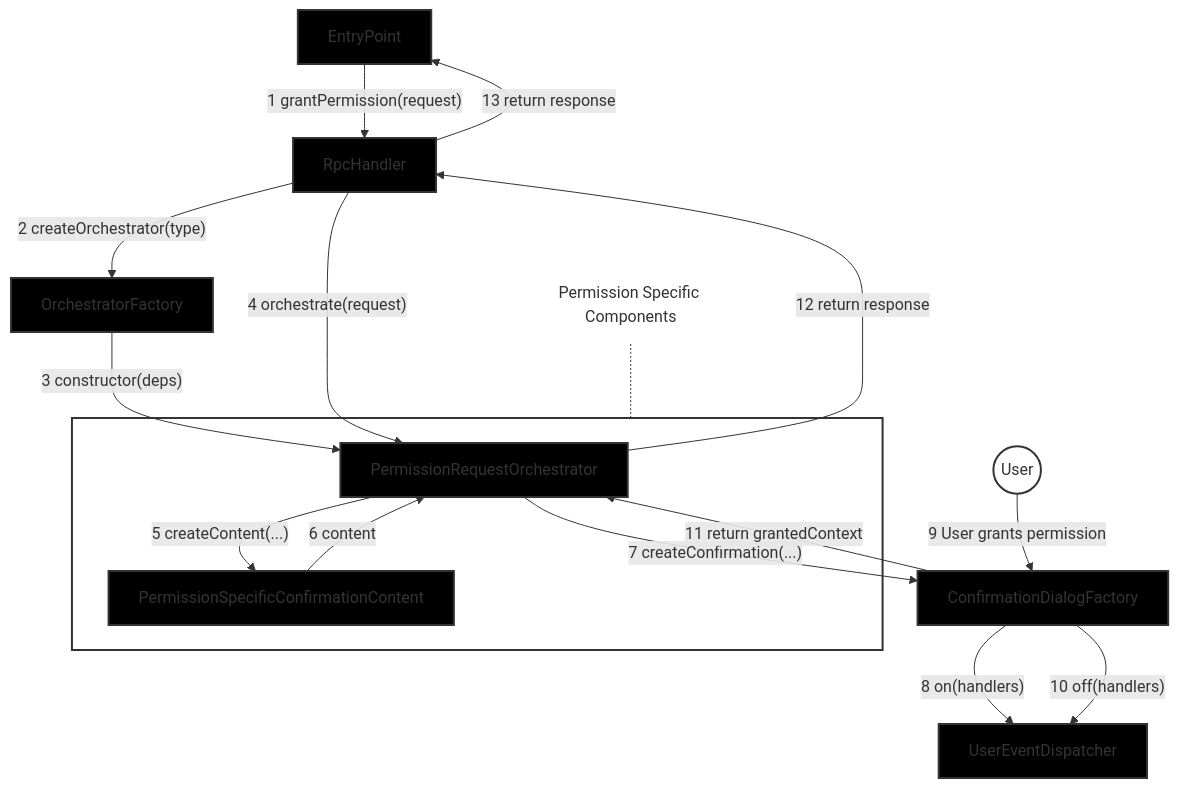
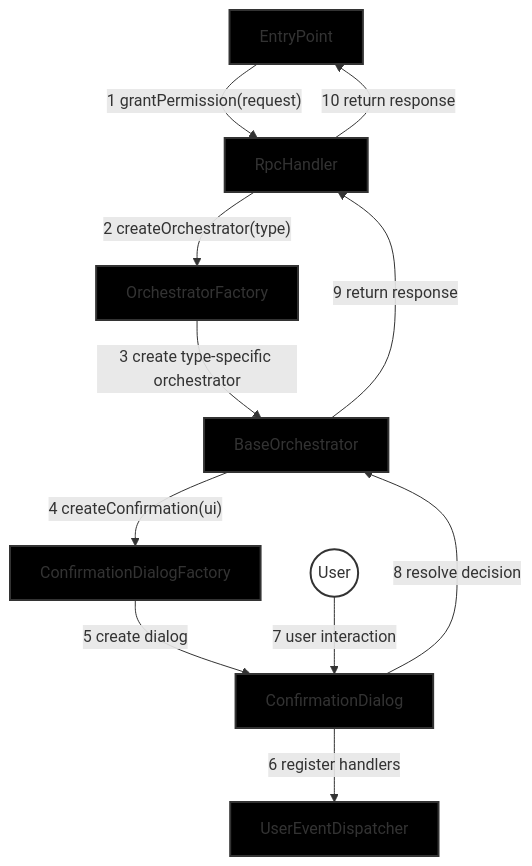
Before and after one commit to MetaMask/snap-7715-permissions: the first of 2 diagrams in packages/permissions-provider-snap/ARCHITECTURE.md, drawn with Mermaid. The commit also changed other lines of this file and 2 other files, not shown here.

Commit message:
Update ARCHITECTURE.md to reflect current state. Update manifest files."

````diff
--- a/packages/permissions-provider-snap/ARCHITECTURE.md
+++ b/packages/permissions-provider-snap/ARCHITECTURE.md
@@ -82,42 +58,29 @@
 ```mermaid
 graph TD
     EntryPoint[EntryPoint]
     RpcHandler[RpcHandler]
+    OrchestratorFactory[OrchestratorFactory]
+    BaseOrchestrator[BaseOrchestrator]
+    ConfirmationDialogFactory[ConfirmationDialogFactory]
+    ConfirmationDialog[ConfirmationDialog]
     UserEventDispatcher[UserEventDispatcher]
-    OrchestratorFactory[OrchestratorFactory]
-    ConfirmationDialogFactory[ConfirmationDialogFactory]
-
-    PermissionLabel[Permission Specific Components]
-    PermissionLabel -.- PermissionSpecific
-
-    subgraph PermissionSpecific[" "]
-        style PermissionSpecific fill:none,stroke:#333,stroke-width:2px
-        PermissionRequestOrchestrator[PermissionRequestOrchestrator]
-        PermissionSpecificConfirmationContent[PermissionSpecificConfirmationContent]
-    end
-
     User((User))
 
     %% Request Flow
     EntryPoint -->|"1 grantPermission(request)"| RpcHandler
     RpcHandler -->|"2 createOrchestrator(type)"| OrchestratorFactory
-    OrchestratorFactory -->|"3 constructor(deps)"| PermissionRequestOrchestrator
-    RpcHandler -->|"4 orchestrate(request)"| PermissionRequestOrchestrator
-    PermissionRequestOrchestrator -->|"5 createContent(...)"| PermissionSpecificConfirmationContent
-    PermissionSpecificConfirmationContent -->|"6 content"| PermissionRequestOrchestrator
-    PermissionRequestOrchestrator -->|"7 createConfirmation(...)"| ConfirmationDialogFactory
-    ConfirmationDialogFactory -->|"8 on(handlers)"| UserEventDispatcher
-    User -->|"9 User grants permission"| ConfirmationDialogFactory
-    ConfirmationDialogFactory -->|"10 off(handlers)"| UserEventDispatcher
-    ConfirmationDialogFactory -->|"11 return grantedContext"| PermissionRequestOrchestrator
-    PermissionRequestOrchestrator -->|"12 return response"| RpcHandler
-    RpcHandler -->|"13 return response"| EntryPoint
+    OrchestratorFactory -->|"3 create type-specific orchestrator"| BaseOrchestrator
+    BaseOrchestrator -->|"4 createConfirmation(ui)"| ConfirmationDialogFactory
+    ConfirmationDialogFactory -->|"5 create dialog"| ConfirmationDialog
+    ConfirmationDialog -->|"6 register handlers"| UserEventDispatcher
+    User -->|"7 user interaction"| ConfirmationDialog
+    ConfirmationDialog -->|"8 resolve decision"| BaseOrchestrator
+    BaseOrchestrator -->|"9 return response"| RpcHandler
+    RpcHandler -->|"10 return response"| EntryPoint
 
     %% Style
     classDef component fill:#000,stroke:#333,stroke-width:2px;
-    classDef label fill:none,stroke:none;
     classDef user fill:#fff,stroke:#333,stroke-width:2px;
-    class EntryPoint,RpcHandler,UserEventDispatcher,OrchestratorFactory,PermissionRequestOrchestrator,ConfirmationDialogFactory,PermissionSpecificConfirmationContent component;
-    class PermissionLabel label;
+    class EntryPoint,RpcHandler,OrchestratorFactory,BaseOrchestrator,ConfirmationDialogFactory,ConfirmationDialog,UserEventDispatcher component;
     class User user;
 ```
````
